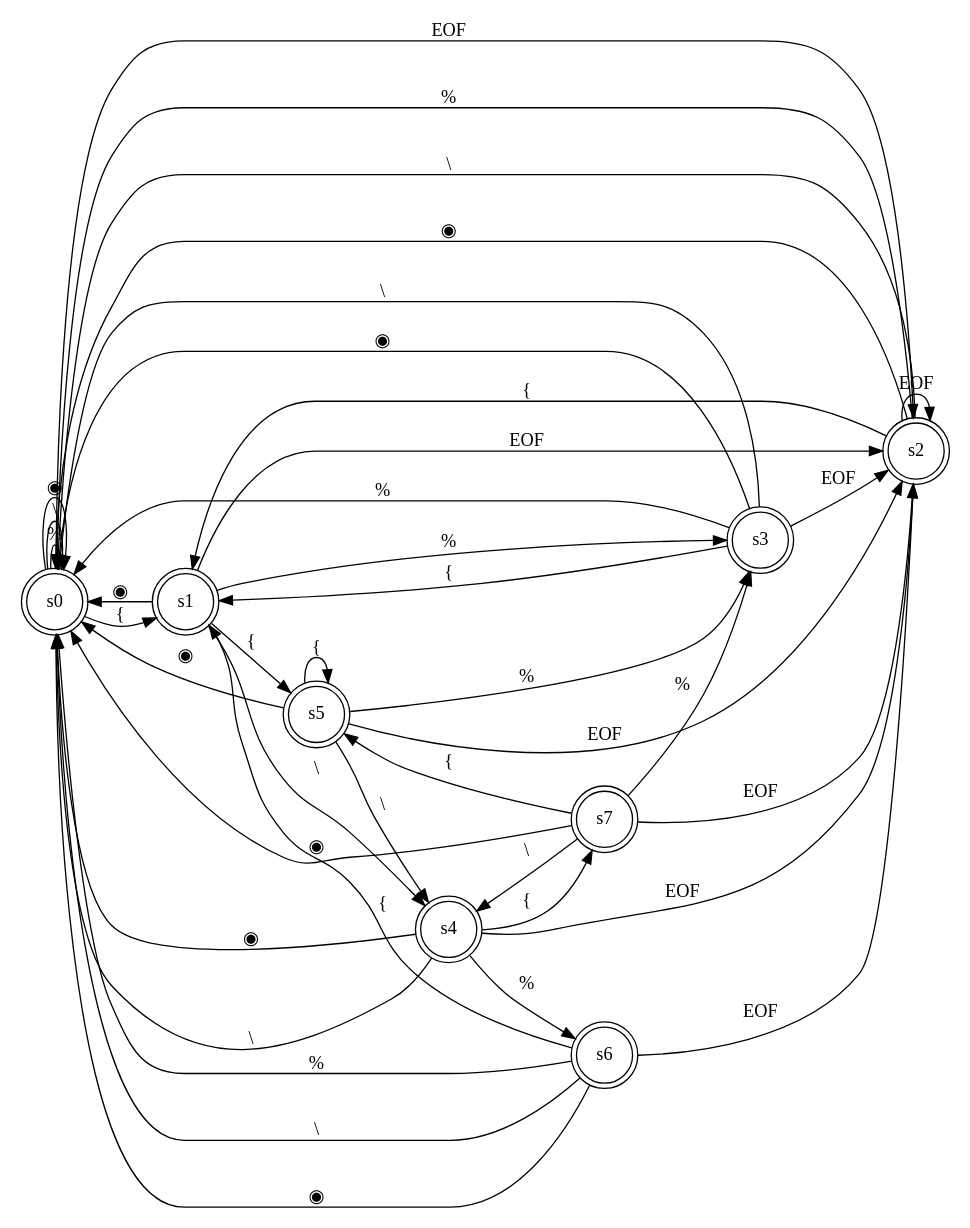
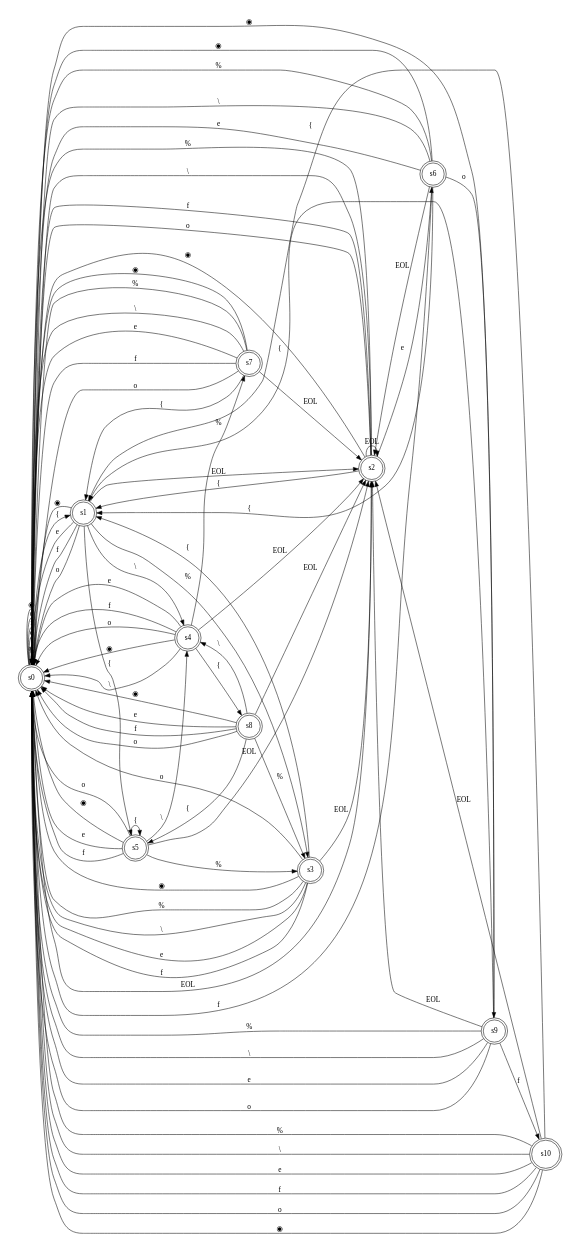
Before and after one commit to pschlump/lexie: the diagram in ref/mmm_machine_0.gv, drawn with Graphviz. The commit also changed 52 other files, not shown here.

```diff
--- a/ref/mmm_machine_0.gv
+++ b/ref/mmm_machine_0.gv
@@ -1,46 +1,94 @@
 digraph finite_state_machine {
 	rankdir=LR;
 	size="18,8"
-	node [shape = doublecircle]; s0 s1 s2 s3 s4 s5 s6 s7;
+	node [shape = doublecircle]; s0 s1 s2 s3 s4 s5 s6 s7 s8 s9 s10;
 	node [shape = circle];
 	s0 -> s0 [ label = "%" ];
 	s0 -> s0 [ label = "\\" ];
+	s0 -> s0 [ label = "e" ];
+	s0 -> s0 [ label = "f" ];
+	s0 -> s0 [ label = "o" ];
 	s0 -> s1 [ label = "{" ];
+	s0 -> s2 [ label = "EOL" ];
 	s0 -> s0 [ label = "◉" ];
-	s0 -> s2 [ label = "EOF" ];
 	s1 -> s3 [ label = "%" ];
 	s1 -> s4 [ label = "\\" ];
+	s1 -> s0 [ label = "e" ];
+	s1 -> s0 [ label = "f" ];
+	s1 -> s0 [ label = "o" ];
 	s1 -> s5 [ label = "{" ];
+	s1 -> s2 [ label = "EOL" ];
 	s1 -> s0 [ label = "◉" ];
-	s1 -> s2 [ label = "EOF" ];
 	s2 -> s0 [ label = "%" ];
 	s2 -> s0 [ label = "\\" ];
+	s2 -> s6 [ label = "e" ];
+	s2 -> s0 [ label = "f" ];
+	s2 -> s0 [ label = "o" ];
 	s2 -> s1 [ label = "{" ];
+	s2 -> s2 [ label = "EOL" ];
 	s2 -> s0 [ label = "◉" ];
-	s2 -> s2 [ label = "EOF" ];
 	s3 -> s0 [ label = "%" ];
 	s3 -> s0 [ label = "\\" ];
+	s3 -> s0 [ label = "e" ];
+	s3 -> s0 [ label = "f" ];
+	s3 -> s0 [ label = "o" ];
 	s3 -> s1 [ label = "{" ];
+	s3 -> s2 [ label = "EOL" ];
 	s3 -> s0 [ label = "◉" ];
-	s3 -> s2 [ label = "EOF" ];
-	s4 -> s6 [ label = "%" ];
+	s4 -> s7 [ label = "%" ];
 	s4 -> s0 [ label = "\\" ];
-	s4 -> s7 [ label = "{" ];
+	s4 -> s0 [ label = "e" ];
+	s4 -> s0 [ label = "f" ];
+	s4 -> s0 [ label = "o" ];
+	s4 -> s8 [ label = "{" ];
+	s4 -> s2 [ label = "EOL" ];
 	s4 -> s0 [ label = "◉" ];
-	s4 -> s2 [ label = "EOF" ];
 	s5 -> s3 [ label = "%" ];
 	s5 -> s4 [ label = "\\" ];
+	s5 -> s0 [ label = "e" ];
+	s5 -> s0 [ label = "f" ];
+	s5 -> s0 [ label = "o" ];
 	s5 -> s5 [ label = "{" ];
+	s5 -> s2 [ label = "EOL" ];
 	s5 -> s0 [ label = "◉" ];
-	s5 -> s2 [ label = "EOF" ];
 	s6 -> s0 [ label = "%" ];
 	s6 -> s0 [ label = "\\" ];
+	s6 -> s0 [ label = "e" ];
+	s6 -> s0 [ label = "f" ];
+	s6 -> s9 [ label = "o" ];
 	s6 -> s1 [ label = "{" ];
+	s6 -> s2 [ label = "EOL" ];
 	s6 -> s0 [ label = "◉" ];
-	s6 -> s2 [ label = "EOF" ];
-	s7 -> s3 [ label = "%" ];
-	s7 -> s4 [ label = "\\" ];
-	s7 -> s5 [ label = "{" ];
+	s7 -> s0 [ label = "%" ];
+	s7 -> s0 [ label = "\\" ];
+	s7 -> s0 [ label = "e" ];
+	s7 -> s0 [ label = "f" ];
+	s7 -> s0 [ label = "o" ];
+	s7 -> s1 [ label = "{" ];
+	s7 -> s2 [ label = "EOL" ];
 	s7 -> s0 [ label = "◉" ];
-	s7 -> s2 [ label = "EOF" ];
+	s8 -> s3 [ label = "%" ];
+	s8 -> s4 [ label = "\\" ];
+	s8 -> s0 [ label = "e" ];
+	s8 -> s0 [ label = "f" ];
+	s8 -> s0 [ label = "o" ];
+	s8 -> s5 [ label = "{" ];
+	s8 -> s2 [ label = "EOL" ];
+	s8 -> s0 [ label = "◉" ];
+	s9 -> s0 [ label = "%" ];
+	s9 -> s0 [ label = "\\" ];
+	s9 -> s0 [ label = "e" ];
+	s9 -> s10 [ label = "f" ];
+	s9 -> s0 [ label = "o" ];
+	s9 -> s1 [ label = "{" ];
+	s9 -> s2 [ label = "EOL" ];
+	s9 -> s0 [ label = "◉" ];
+	s10 -> s0 [ label = "%" ];
+	s10 -> s0 [ label = "\\" ];
+	s10 -> s0 [ label = "e" ];
+	s10 -> s0 [ label = "f" ];
+	s10 -> s0 [ label = "o" ];
+	s10 -> s1 [ label = "{" ];
+	s10 -> s2 [ label = "EOL" ];
+	s10 -> s0 [ label = "◉" ];
 }
```
